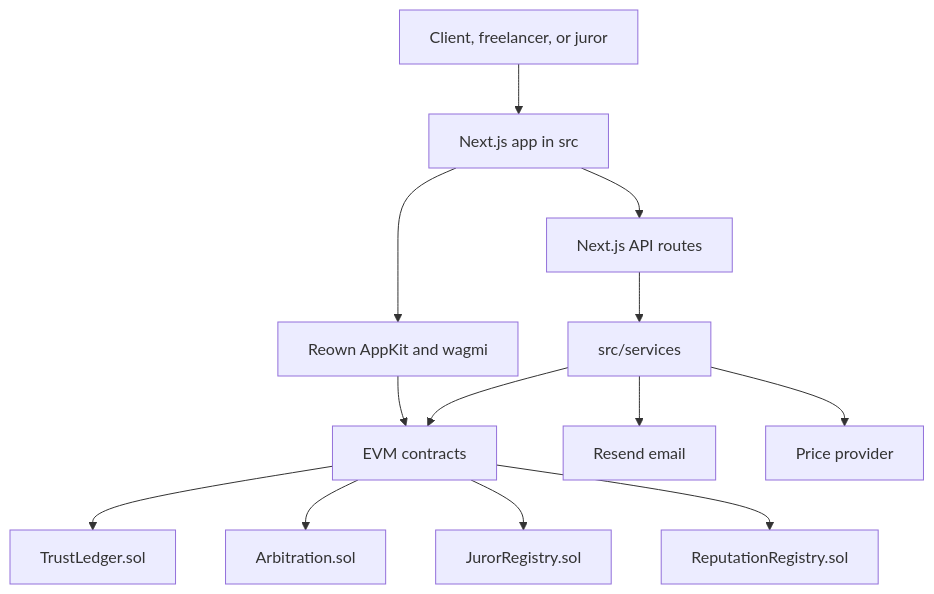
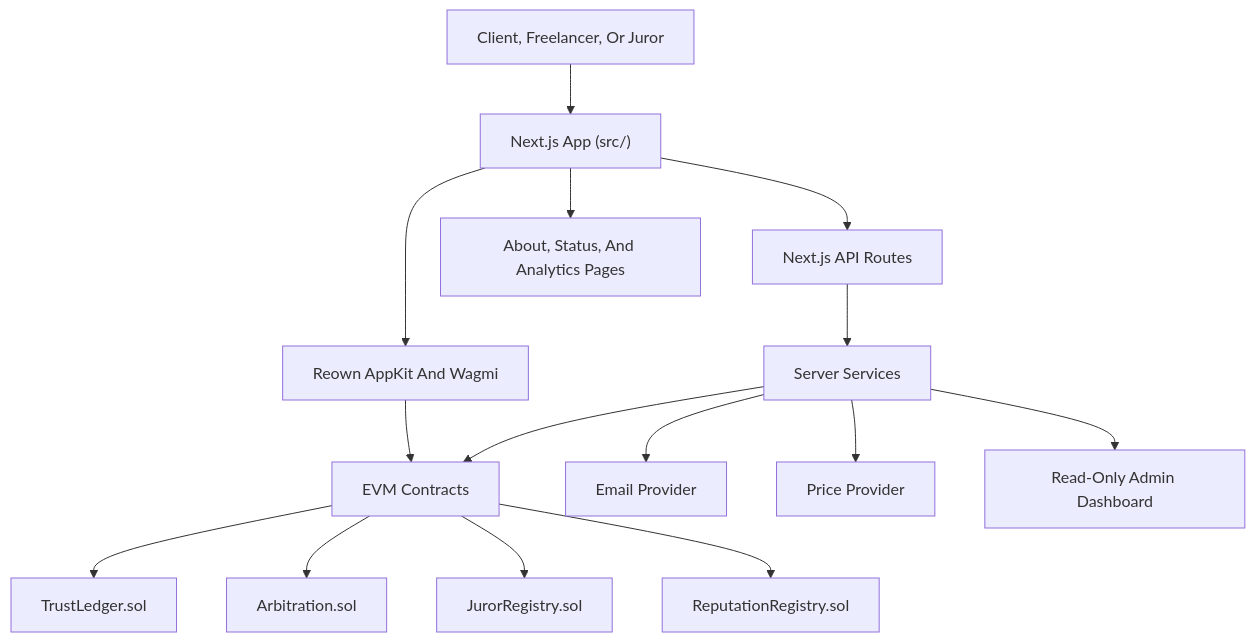
Before and after one commit to kevinle3212/TrustLedger: the diagram in README.md, drawn with Mermaid. The commit also changed other lines of this file and 34 other files, not shown here.

````diff
--- a/README.md
+++ b/README.md
@@ -85,15 +85,17 @@
 ```mermaid
 flowchart TB
-    User[Client, freelancer, or juror] --> UI[Next.js app in src]
-    UI --> Wallet[Reown AppKit and wagmi]
-    Wallet --> Chain[EVM contracts]
-    UI --> API[Next.js API routes]
-    API --> Services[src/services]
-    Services --> Email[Resend email]
-    Services --> Oracle[Price provider]
+    User["Client, Freelancer, Or Juror"] --> UI["Next.js App (src/)"]
+    UI --> Wallet["Reown AppKit And Wagmi"]
+    Wallet --> Chain["EVM Contracts"]
+    UI --> API["Next.js API Routes"]
+    UI --> About["About, Status, And Analytics Pages"]
+    API --> Services["Server Services"]
+    Services --> Email["Email Provider"]
+    Services --> Oracle["Price Provider"]
+    Services --> Admin["Read-Only Admin Dashboard"]
     Services --> Chain
-    Chain --> TL[TrustLedger.sol]
-    Chain --> ARB[Arbitration.sol]
-    Chain --> JR[JurorRegistry.sol]
-    Chain --> REP[ReputationRegistry.sol]
+    Chain --> TL["TrustLedger.sol"]
+    Chain --> ARB["Arbitration.sol"]
+    Chain --> JR["JurorRegistry.sol"]
+    Chain --> REP["ReputationRegistry.sol"]
 ```
````
